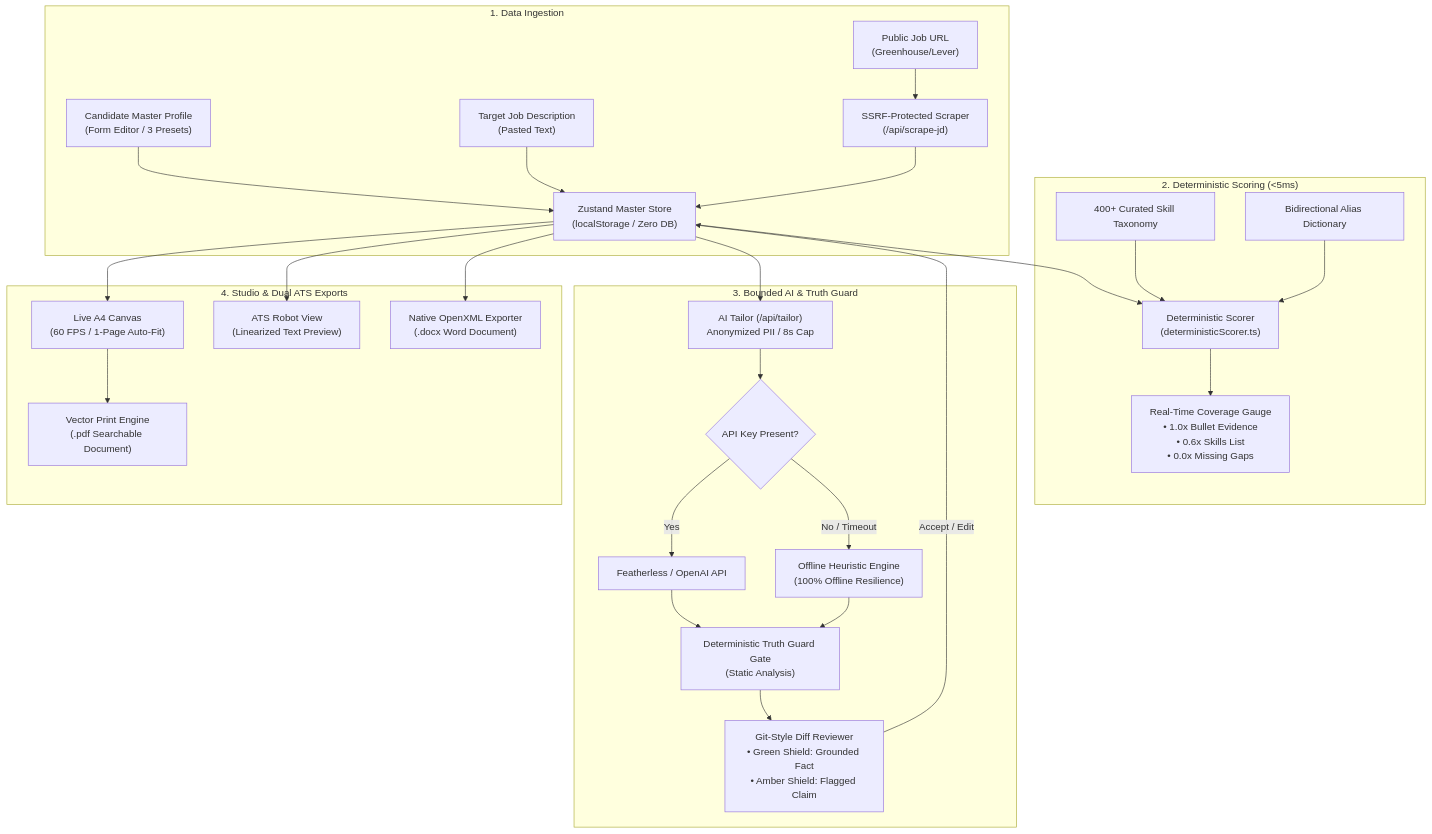
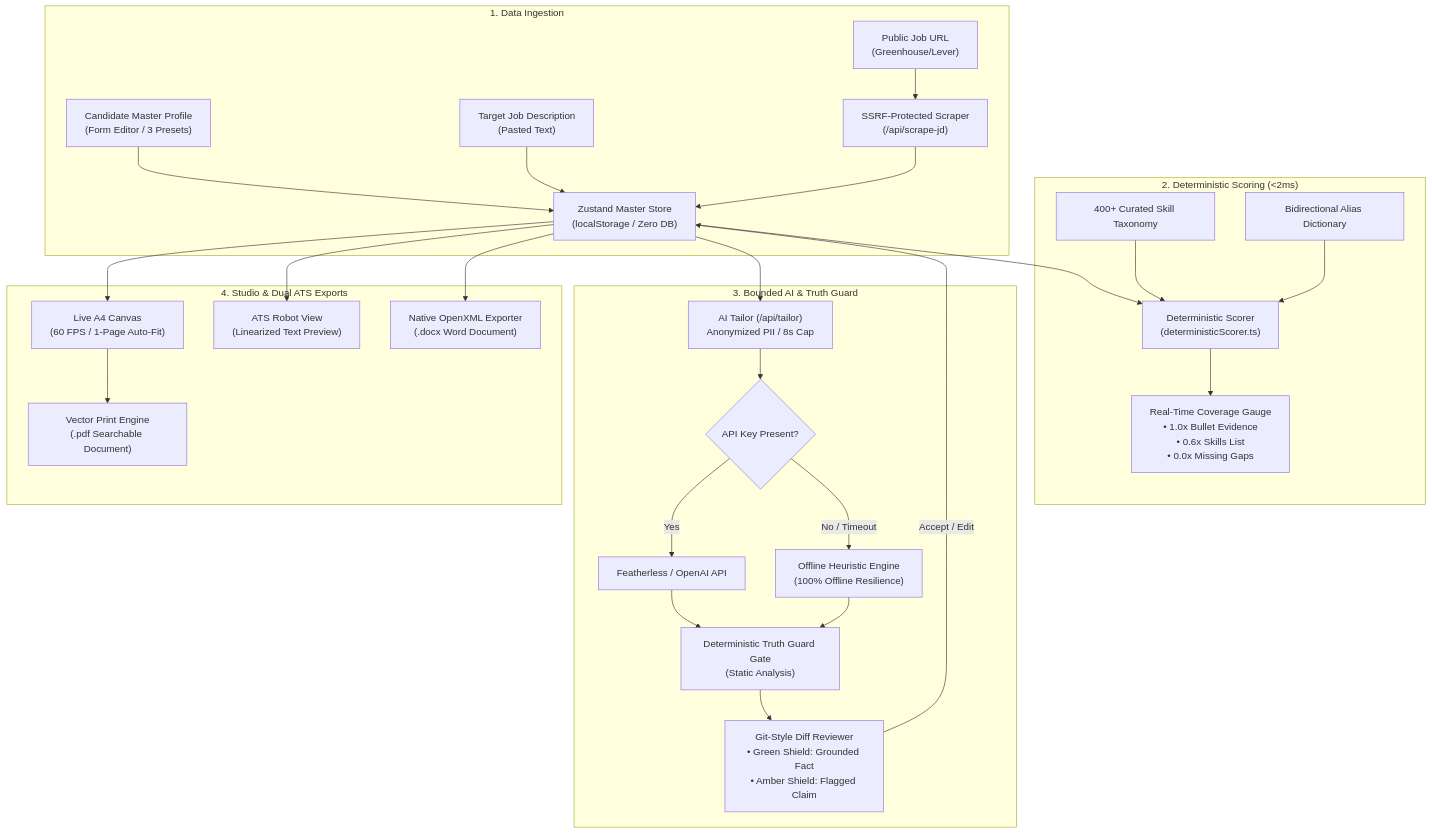
Before and after one commit to cbitosc/HFT26-TEAM-4: the diagram in README.md, drawn with Mermaid. The commit also changed other lines of this file and 44 other files, not shown here.

Commit message:
feat: elevate studio design system, truth guard, and dual ATS export architecture

````diff
--- a/README.md
+++ b/README.md
@@ -60,34 +116,34 @@
 ```mermaid
 flowchart TD
     subgraph INGEST["1. Data Ingestion"]
         P["Candidate Master Profile\n(Form Editor / 3 Presets)"] --> STORE["Zustand Master Store\n(localStorage / Zero DB)"]
         JD_TEXT["Target Job Description\n(Pasted Text)"] --> STORE
         JD_URL["Public Job URL\n(Greenhouse/Lever)"] --> SSRF["SSRF-Protected Scraper\n(/api/scrape-jd)"]
         SSRF --> STORE
     end
 
-    subgraph SCORING["2. Deterministic Scoring (<5ms)"]
+    subgraph SCORING["2. Deterministic Scoring (<2ms)"]
         STORE --> SCORER["Deterministic Scorer\n(deterministicScorer.ts)"]
         TAXONOMY["400+ Curated Skill Taxonomy"] --> SCORER
         ALIAS["Bidirectional Alias Dictionary"] --> SCORER
         SCORER --> GAUGE["Real-Time Coverage Gauge\n• 1.0x Bullet Evidence\n• 0.6x Skills List\n• 0.0x Missing Gaps"]
     end
 
     subgraph TAILOR["3. Bounded AI & Truth Guard"]
         STORE --> TAILOR_API["AI Tailor (/api/tailor)\nAnonymized PII / 8s Cap"]
         TAILOR_API --> ENGINE_CHECK{"API Key Present?"}
         ENGINE_CHECK -->|Yes| LLM["Featherless / OpenAI API"]
         ENGINE_CHECK -->|No / Timeout| OFFLINE["Offline Heuristic Engine\n(100% Offline Resilience)"]
         LLM --> TG["Deterministic Truth Guard Gate\n(Static Analysis)"]
         OFFLINE --> TG
         TG --> DIFFS["Git-Style Diff Reviewer\n• Green Shield: Grounded Fact\n• Amber Shield: Flagged Claim"]
         DIFFS -->|Accept / Edit| STORE
     end
 
     subgraph OUTPUT["4. Studio & Dual ATS Exports"]
         STORE --> CANVAS["Live A4 Canvas\n(60 FPS / 1-Page Auto-Fit)"]
         STORE --> ROBOT["ATS Robot View\n(Linearized Text Preview)"]
         STORE --> DOCX["Native OpenXML Exporter\n(.docx Word Document)"]
         CANVAS --> PDF["Vector Print Engine\n(.pdf Searchable Document)"]
     end
 ```
````
